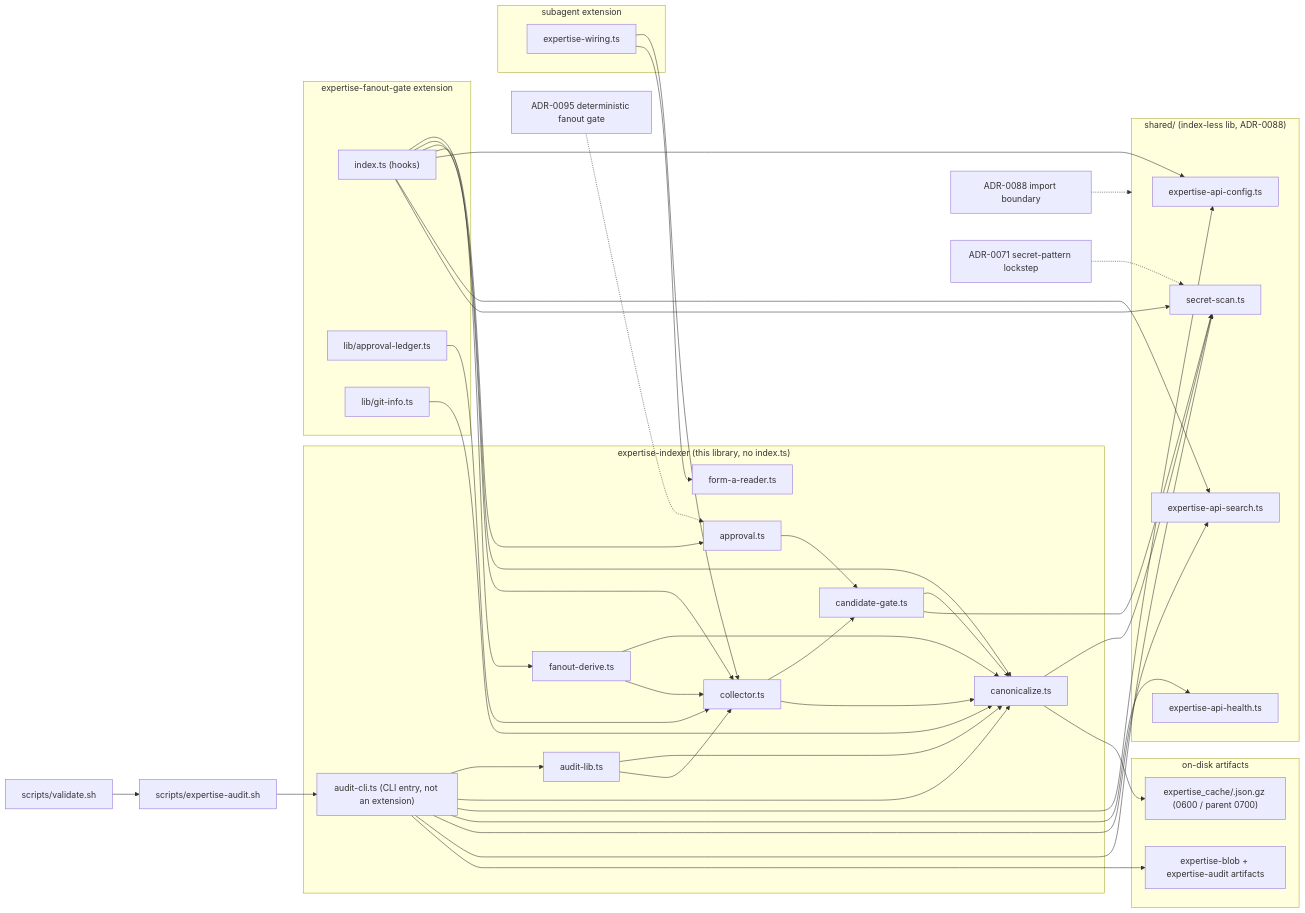
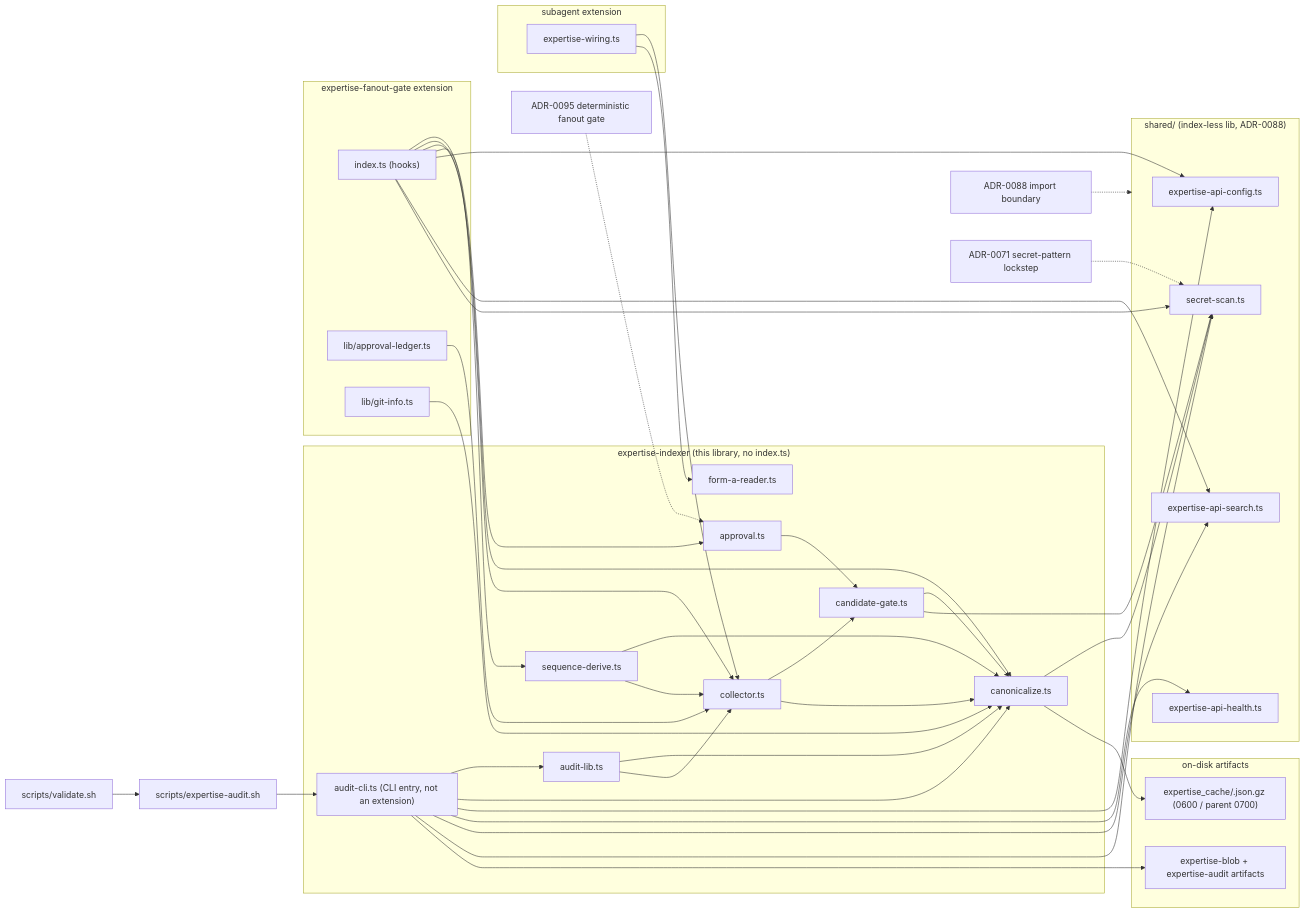
One commit to psmfd/pi-config changed the third of 3 diagrams in agent/extensions/expertise-indexer/README.md. Above: the diagram before and after it, drawn with Mermaid. The commit also changed other lines of this file and 92 other files, not shown here.

````diff
--- a/agent/extensions/expertise-indexer/README.md
+++ b/agent/extensions/expertise-indexer/README.md
@@ -259,52 +259,52 @@
 ```mermaid
 flowchart LR
     subgraph EI["expertise-indexer (this library, no index.ts)"]
         CZ["canonicalize.ts"]
         CG["candidate-gate.ts"]
         CL["collector.ts"]
-        FD["fanout-derive.ts"]
+        FD["sequence-derive.ts"]
         AP["approval.ts"]
         FA["form-a-reader.ts"]
         AL["audit-lib.ts"]
         AC["audit-cli.ts (CLI entry, not an extension)"]
     end
     subgraph SH["shared/ (index-less lib, ADR-0088)"]
         SS["secret-scan.ts"]
         EAC["expertise-api-config.ts"]
         EAH["expertise-api-health.ts"]
         EAS["expertise-api-search.ts"]
     end
     subgraph EFG["expertise-fanout-gate extension"]
         EFGI["index.ts (hooks)"]
         ALDG["lib/approval-ledger.ts"]
         GINF["lib/git-info.ts"]
     end
     subgraph SUB["subagent extension"]
         SW["expertise-wiring.ts"]
     end
     subgraph FS["on-disk artifacts"]
         CACHE["expertise_cache/<sha>.json.gz (0600 / parent 0700)"]
         ART["expertise-blob + expertise-audit artifacts"]
     end
 
     CG --> CZ & SS
     CL --> CG & CZ
     FD --> CZ & CL
     AP --> CG
     CZ --> SS
     AL --> CZ & CL
     AC --> AL & CZ & EAC & EAH & EAS & SS
     EFGI --> AP & CZ & CL & FD & EAC & EAS & SS
     ALDG --> CL
     GINF --> CZ
     SW --> CL & FA
     CZ --> CACHE
     AC --> ART
 
     SHELL["scripts/expertise-audit.sh"] --> AC
     VAL["scripts/validate.sh"] --> SHELL
 
     ADR0095["ADR-0095 deterministic fanout gate"] -.-> AP
     ADR0088["ADR-0088 import boundary"] -.-> SH
     ADR0071["ADR-0071 secret-pattern lockstep"] -.-> SS
 ```
````
